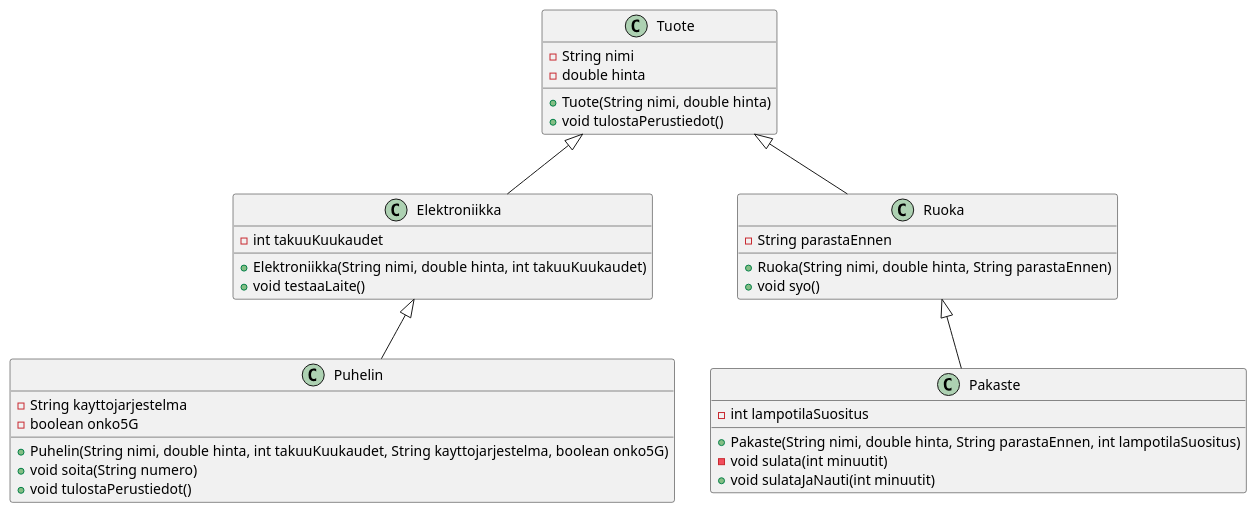
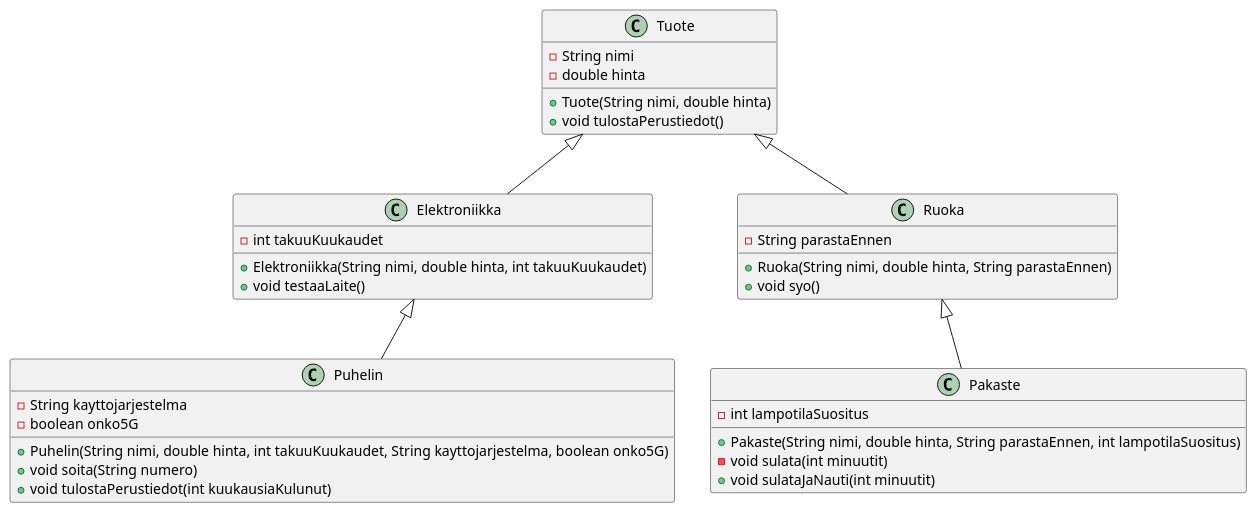
Before and after one commit to ISEAI-JYU/Programming-2: the diagram in src/exercises/3-3-verkkokauppa-3/handout.md, drawn with PlantUML. The commit also changed other lines of this file and 2 other files, not shown here.

````diff
--- a/src/exercises/3-3-verkkokauppa-3/handout.md
+++ b/src/exercises/3-3-verkkokauppa-3/handout.md
@@ -82,37 +79,37 @@
 ```plantuml
 @startuml
 class Tuote {
     -String nimi
     -double hinta
     +Tuote(String nimi, double hinta)
     +void tulostaPerustiedot()
 }
 class Elektroniikka {
     -int takuuKuukaudet
     +Elektroniikka(String nimi, double hinta, int takuuKuukaudet)
     +void testaaLaite()
 }
 class Ruoka {
     -String parastaEnnen
     +Ruoka(String nimi, double hinta, String parastaEnnen)
     +void syo()
 }
 class Puhelin {
     -String kayttojarjestelma
     -boolean onko5G
     +Puhelin(String nimi, double hinta, int takuuKuukaudet, String kayttojarjestelma, boolean onko5G)
     +void soita(String numero)
-    +void tulostaPerustiedot()
+    +void tulostaPerustiedot(int kuukausiaKulunut)
 }
 class Pakaste {
     -int lampotilaSuositus
     +Pakaste(String nimi, double hinta, String parastaEnnen, int lampotilaSuositus)
     -void sulata(int minuutit)
     +void sulataJaNauti(int minuutit)
 }
 Tuote <|-- Elektroniikka
 Tuote <|-- Ruoka
 Elektroniikka <|-- Puhelin
 Ruoka <|-- Pakaste
 @enduml
 ```
````
